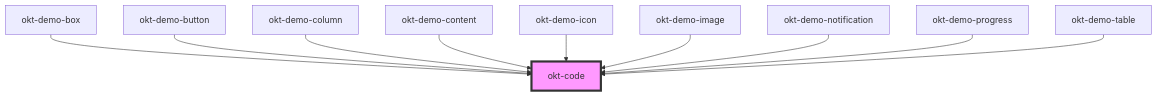
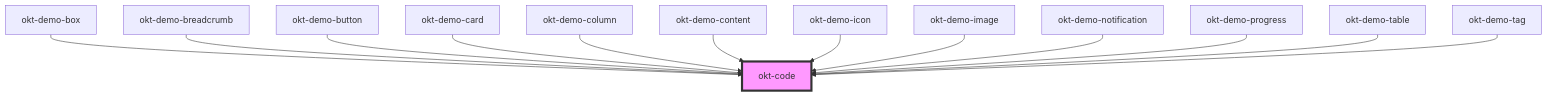
Before and after one commit to oktopusdgtl/bulma-components: the diagram in src/components/code/readme.md, drawn with Mermaid. The commit also changed other lines of this file and 32 other files, not shown here.

````diff
--- a/src/components/code/readme.md
+++ b/src/components/code/readme.md
@@ -23,13 +26,16 @@
 ```mermaid
 graph TD;
   okt-demo-box --> okt-code
+  okt-demo-breadcrumb --> okt-code
   okt-demo-button --> okt-code
+  okt-demo-card --> okt-code
   okt-demo-column --> okt-code
   okt-demo-content --> okt-code
   okt-demo-icon --> okt-code
   okt-demo-image --> okt-code
   okt-demo-notification --> okt-code
   okt-demo-progress --> okt-code
   okt-demo-table --> okt-code
+  okt-demo-tag --> okt-code
   style okt-code fill:#f9f,stroke:#333,stroke-width:4px
 ```
````
